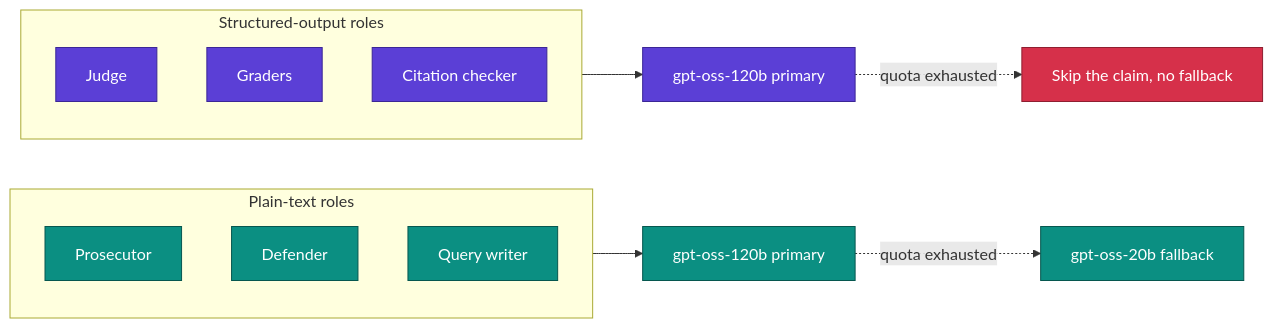
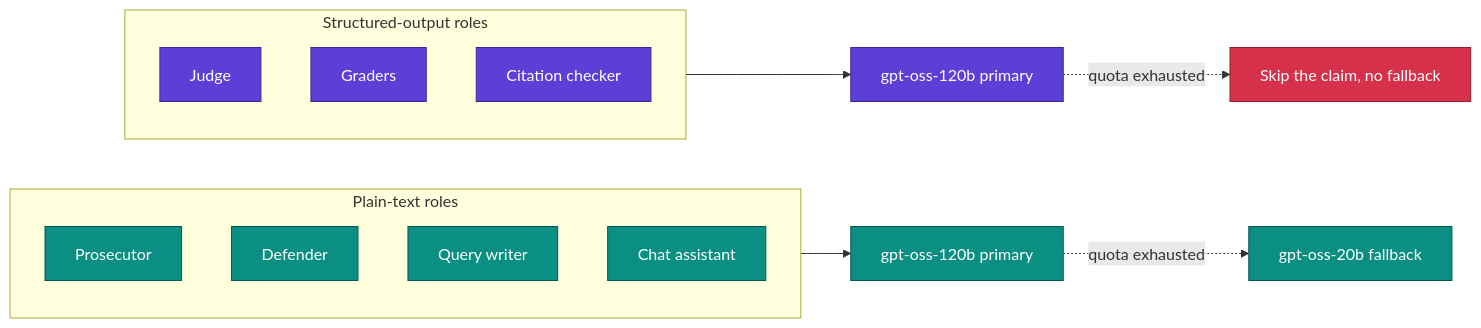
One commit to 24f2000777/claim-court changed the sixth of 8 diagrams in README.md. Above: the diagram before and after it, drawn with Mermaid. The commit also changed other lines of this file and 1 other file, not shown here.

Commit message:
Update README for chat and conversations, broaden gitignore

````diff
--- a/README.md
+++ b/README.md
@@ -231,24 +252,25 @@
 ```mermaid
 flowchart LR
     subgraph TEXT["Plain-text roles"]
         PR[Prosecutor]
         DF[Defender]
         QW2[Query writer]
+        CH2[Chat assistant]
     end
     subgraph STRUCT["Structured-output roles"]
         JG[Judge]
         GR[Graders]
         CC[Citation checker]
     end
     TEXT --> PRIM["gpt-oss-120b primary"]
     PRIM -. "quota exhausted" .-> FB["gpt-oss-20b fallback"]
     STRUCT --> PRIM2["gpt-oss-120b primary"]
     PRIM2 -. "quota exhausted" .-> SKIP["Skip the claim, no fallback"]
 
     classDef t fill:#0B8F82,stroke:#06574F,color:#fff
     classDef s fill:#5B3FD6,stroke:#3B2696,color:#fff
     classDef x fill:#D6304A,stroke:#8F1E30,color:#fff
-    class PR,DF,QW2,PRIM,FB t
+    class PR,DF,QW2,CH2,PRIM,FB t
     class JG,GR,CC,PRIM2 s
     class SKIP x
 ```
````
